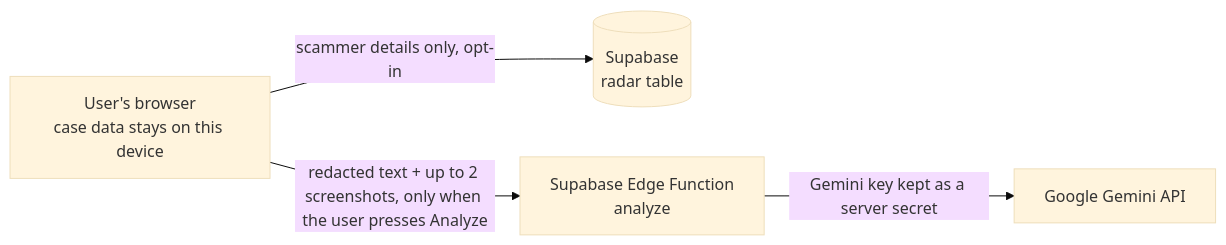
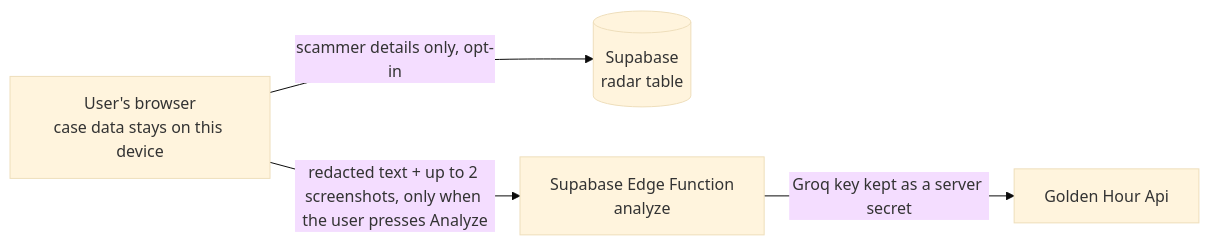
One commit to Akarsh-Shukla/Golden-Hour changed the diagram in README.md. Above: the diagram before and after it, drawn with Mermaid (base theme). The commit also changed other lines of this file, not shown here.

````diff
--- a/README.md
+++ b/README.md
@@ -38,11 +38,11 @@
 ```mermaid
 flowchart LR
   B["User's browser<br/>case data stays on this device"]
   R[("Supabase<br/>radar table")]
   F["Supabase Edge Function<br/>analyze"]
-  G["Google Gemini API"]
+  G["Golden Hour Api"]
 
   B -- "scammer details only, opt-in" --> R
   B -- "redacted text + up to 2 screenshots, only when the user presses Analyze" --> F
-  F -- "Gemini key kept as a server secret" --> G
+  F -- "Groq key kept as a server secret" --> G
 ```
````
